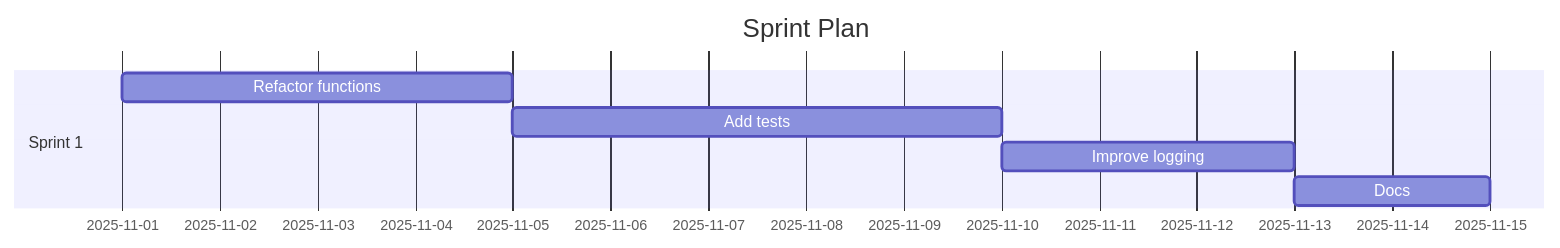
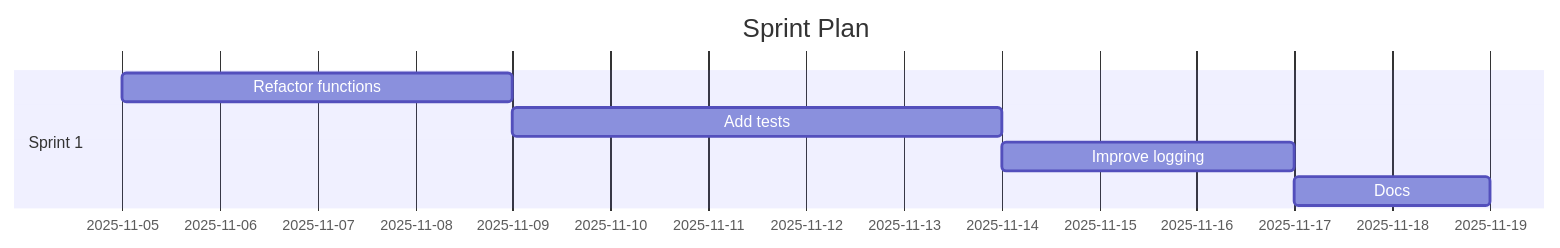
The diagram in demos/demo-code-analysis.sprint.md (Anselmoo/mcp-ai-agent-guidelines), drawn with Mermaid before and after one commit. The commit also changed other lines of this file and 78 other files, not shown here.

````diff
--- a/demos/demo-code-analysis.sprint.md
+++ b/demos/demo-code-analysis.sprint.md
@@ -59,11 +59,11 @@
 ```mermaid
 gantt
 	dateFormat  YYYY-MM-DD
 	title Sprint Plan
 %% Accessibility: Title=Project Sprint Plan; Description=Gantt chart of sprints and tasks over time. %%
   section Sprint 1
-  Refactor functions :s1t0, 2025-11-01, 4d
-  Add tests :s1t1, 2025-11-05, 5d
-  Improve logging :s1t2, 2025-11-10, 3d
-  Docs :s1t3, 2025-11-13, 2d
+  Refactor functions :s1t0, 2025-11-05, 4d
+  Add tests :s1t1, 2025-11-09, 5d
+  Improve logging :s1t2, 2025-11-14, 3d
+  Docs :s1t3, 2025-11-17, 2d
 ```
````
